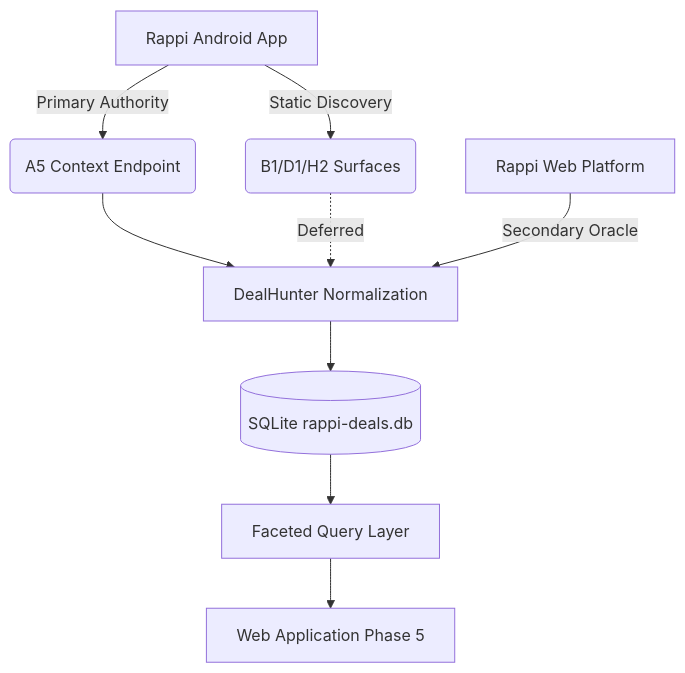
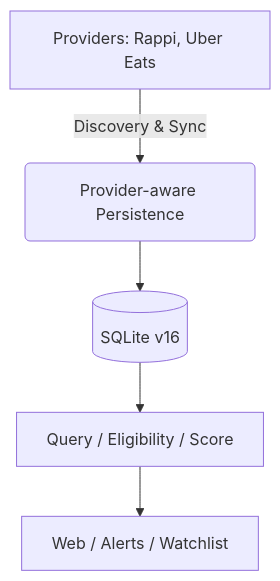
Before and after one commit to yorologo/DealHunter: the first of 3 diagrams in docs/ARCHITECTURE.md, drawn with Mermaid. The commit also changed other lines of this file and 2 other files, not shown here.

Commit message:
docs: finalize architecture diagrams and versioning for pre-main promotion

````diff
--- a/docs/ARCHITECTURE.md
+++ b/docs/ARCHITECTURE.md
@@ -4,11 +4,7 @@
 ```mermaid
 graph TD
-    A[Rappi Android App] -->|Primary Authority| B(A5 Context Endpoint)
-    A -->|Static Discovery| C(B1/D1/H2 Surfaces)
-    B --> D[DealHunter Normalization]
-    C -.->|Deferred| D
-    E[Rappi Web Platform] -->|Secondary Oracle| D
-    D --> F[(SQLite rappi-deals.db)]
-    F --> G[Faceted Query Layer]
-    G --> H[Web Application Phase 5]
+    A[Providers: Rappi, Uber Eats] -->|Discovery & Sync| B(Provider-aware Persistence)
+    B --> C[(SQLite v16)]
+    C --> D[Query / Eligibility / Score]
+    D --> E[Web / Alerts / Watchlist]
 ```
````
